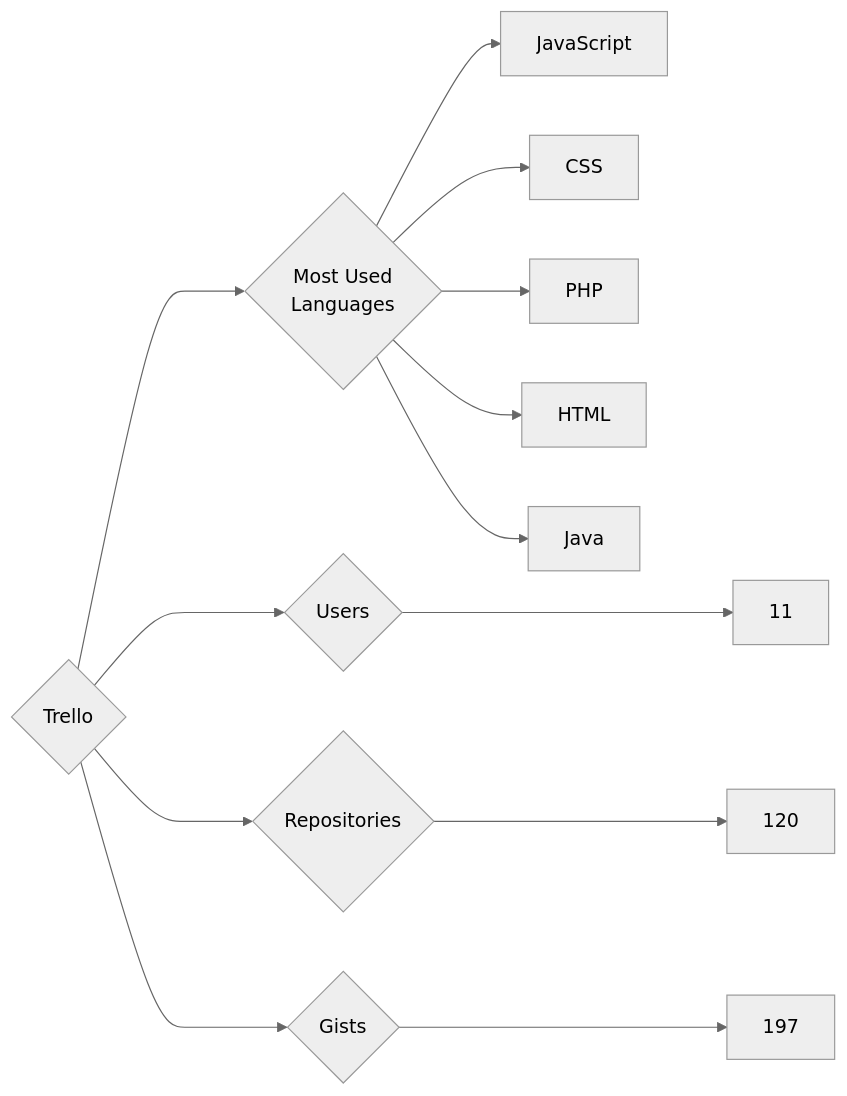
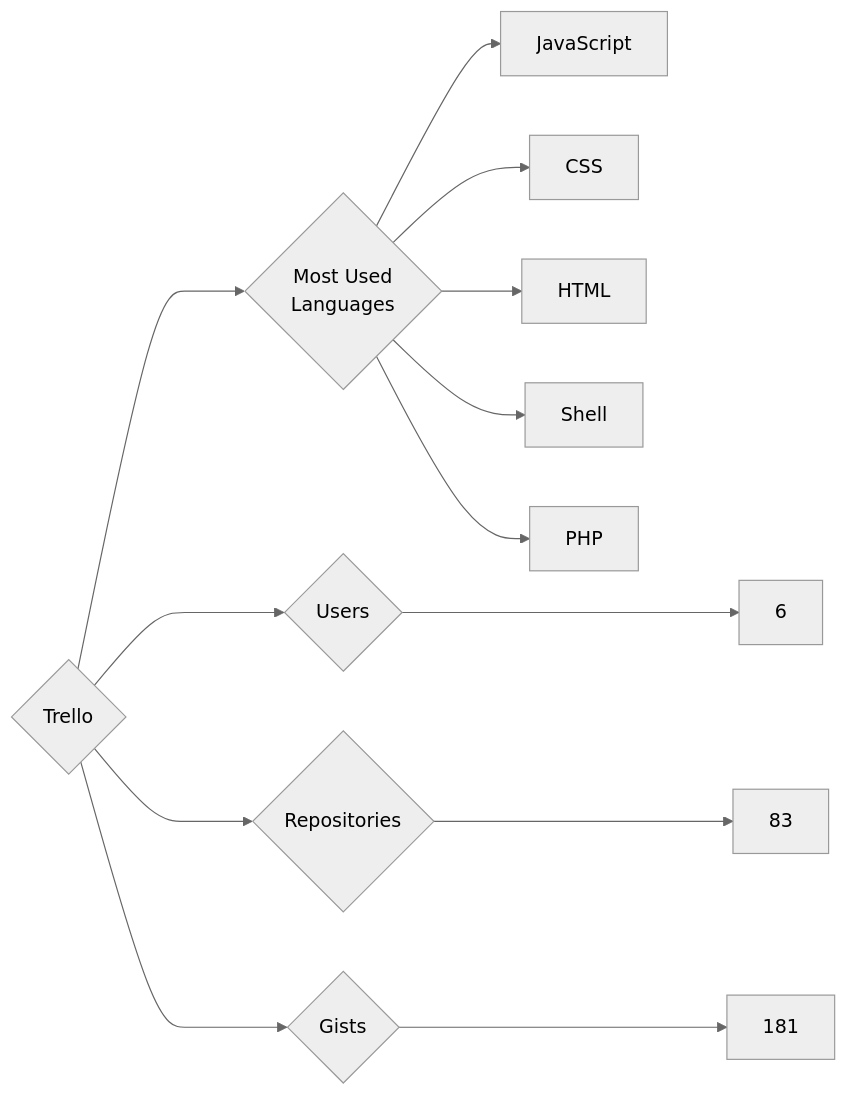
The diagram in targets/Trello/README.md (trickest/insiders), drawn with Mermaid (neutral theme) before and after one commit. The commit also changed 677 other files, not shown here.

````diff
--- a/targets/Trello/README.md
+++ b/targets/Trello/README.md
@@ -3,13 +3,13 @@
 ```mermaid
 graph LR
 COMPANY_NAME{Trello}
-COMPANY_NAME ---> U{Users} ---> UN[11]
-COMPANY_NAME ---> R{Repositories} ---> RN[120]
-COMPANY_NAME ---> G{Gists} ---> GN[197]
+COMPANY_NAME ---> U{Users} ---> UN[6]
+COMPANY_NAME ---> R{Repositories} ---> RN[83]
+COMPANY_NAME ---> G{Gists} ---> GN[181]
 COMPANY_NAME ---> ML{Most Used<br>Languages}
 ML --> JavaScript[JavaScript]
 ML --> CSS[CSS]
+ML --> HTML[HTML]
+ML --> Shell[Shell]
 ML --> PHP[PHP]
-ML --> HTML[HTML]
-ML --> Java[Java]
 ```
````
